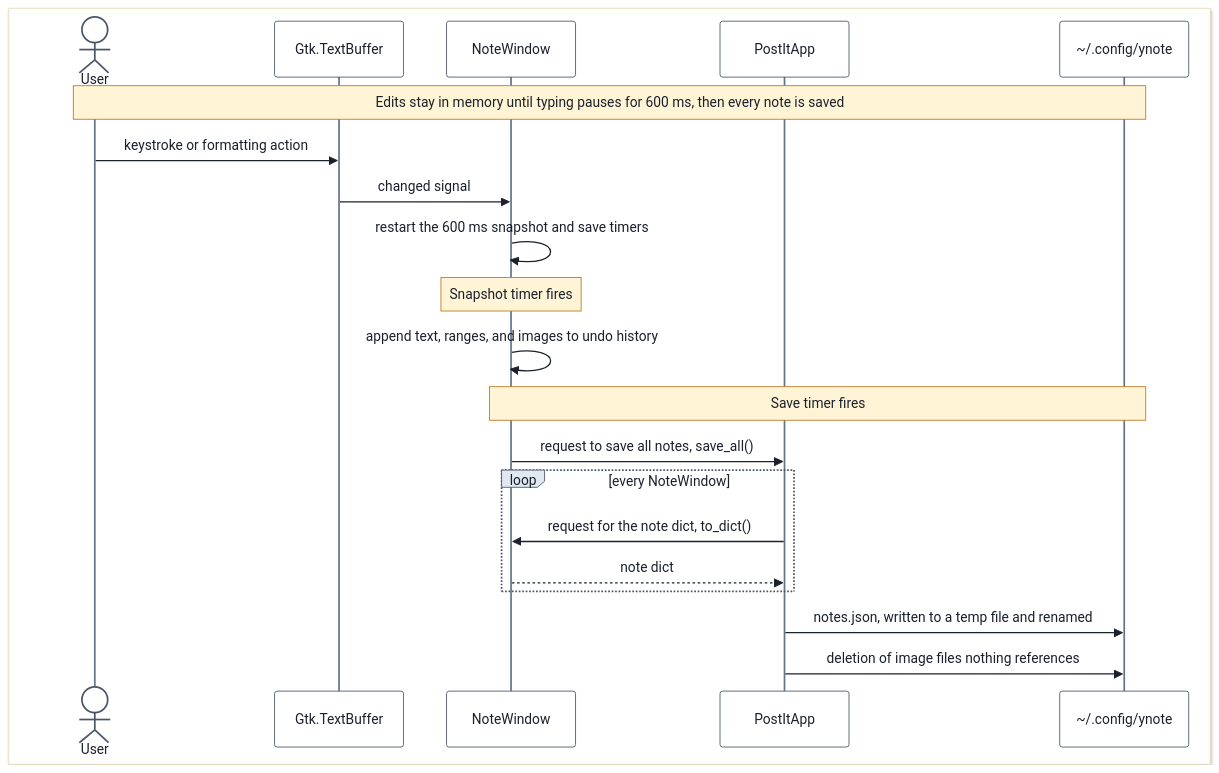
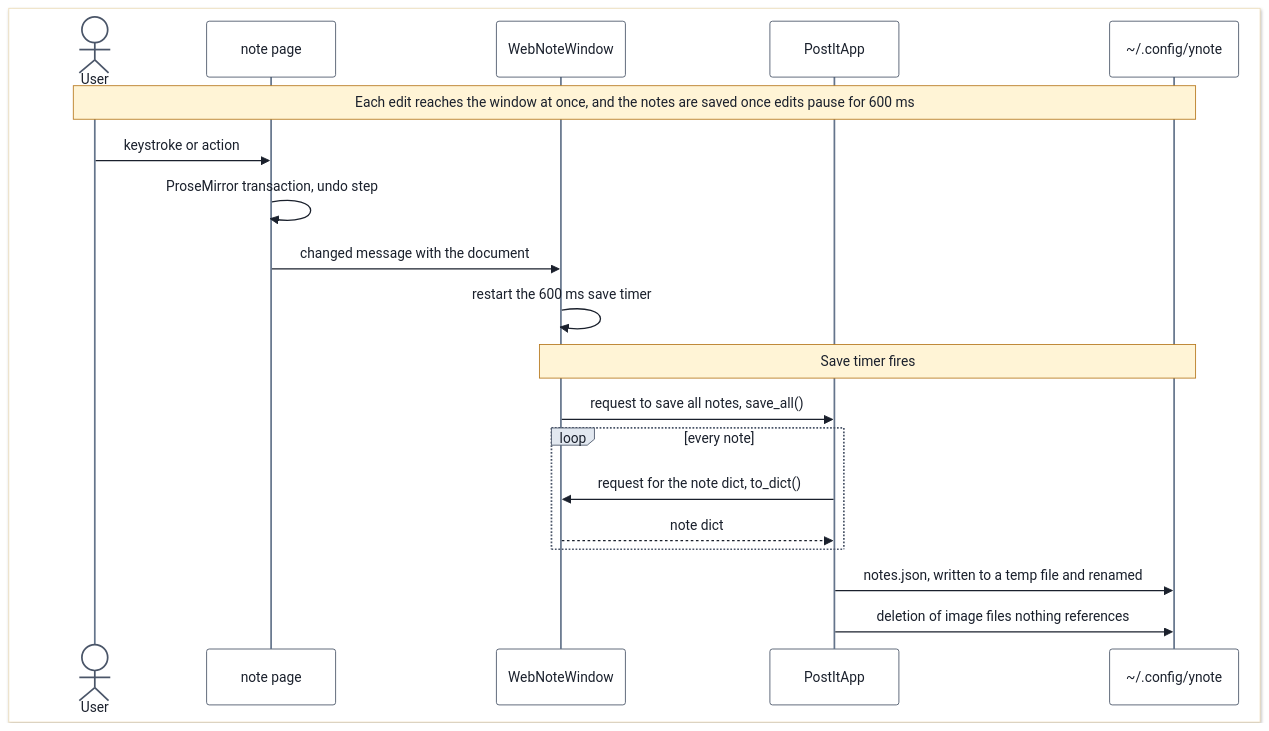
The second of 2 diagrams in ARCHITECTURE.md (vacu9708/ynote), drawn with Mermaid before and after one commit. The commit also changed other lines of this file and 56 other files, not shown here.

````diff
--- a/ARCHITECTURE.md
+++ b/ARCHITECTURE.md
@@ -144,25 +132,24 @@
 ```mermaid
 %%{init: {'theme': 'base', 'themeVariables': {'actorBkg': '#FFFFFF', 'actorBorder': '#4A5568', 'actorTextColor': '#1A202C', 'actorLineColor': '#64748B', 'signalColor': '#1A202C', 'signalTextColor': '#1A202C', 'noteBkgColor': '#FFF4D6', 'noteBorderColor': '#B7791F', 'noteTextColor': '#1A202C', 'labelBoxBkgColor': '#E2E8F0', 'labelBoxBorderColor': '#4A5568', 'labelTextColor': '#1A202C', 'loopTextColor': '#1A202C'}}}%%
 sequenceDiagram
     box rgb(255, 255, 255)
     actor User
-    participant Buf as Gtk.TextBuffer
-    participant Win as NoteWindow
+    participant Page as note page
+    participant Win as WebNoteWindow
     participant App as PostItApp
     participant Disk as ~/.config/ynote
     end
-    Note over User,Disk: Edits stay in memory until typing pauses for 600 ms, then every note is saved
-    User->>Buf: keystroke or formatting action
-    Buf->>Win: changed signal
-    Win->>Win: restart the 600 ms snapshot and save timers
-    Note over Win: Snapshot timer fires
-    Win->>Win: append text, ranges, and images to undo history
+    Note over User,Disk: Each edit reaches the window at once, and the notes are saved once edits pause for 600 ms
+    User->>Page: keystroke or action
+    Page->>Page: ProseMirror transaction, undo step
+    Page->>Win: changed message with the document
+    Win->>Win: restart the 600 ms save timer
     Note over Win,Disk: Save timer fires
     Win->>App: request to save all notes, save_all()
-    loop every NoteWindow
+    loop every note
         App->>Win: request for the note dict, to_dict()
         Win-->>App: note dict
     end
     App->>Disk: notes.json, written to a temp file and renamed
     App->>Disk: deletion of image files nothing references
 ```
````
